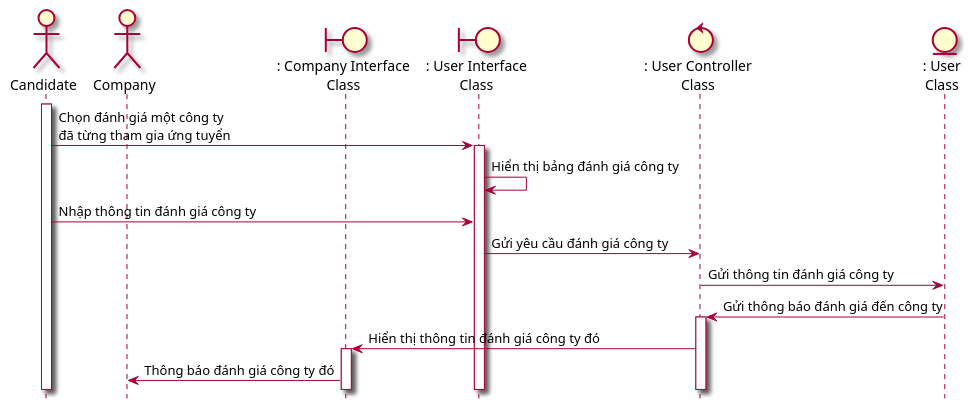
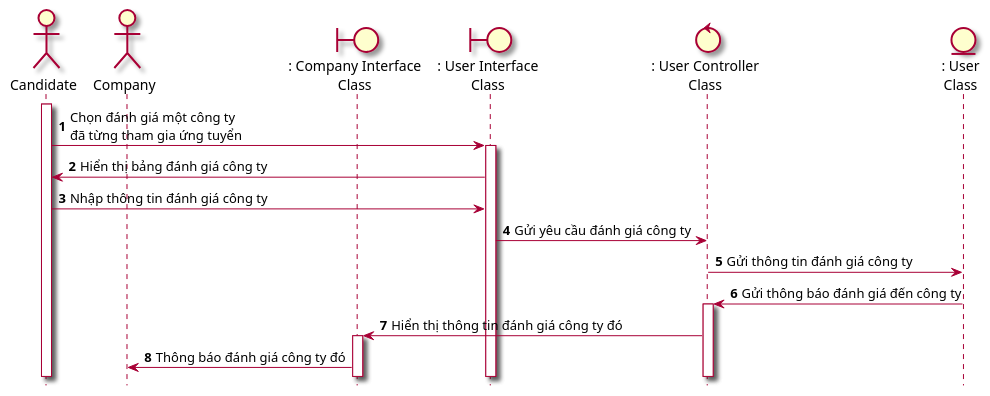
The diagram in Lab1/Lab 1.2 Diagram/Sequence/FilePUML/5.2 SeqDanhGiaCongTyTuyenDung.puml (Griselda4774/EAS-EmploymentAssistanceSystem), drawn with PlantUML before and after one commit. The commit also changed 12 other files, not shown here.

```diff
--- a/Lab1/Lab 1.2 Diagram/Sequence/FilePUML/5.2 SeqDanhGiaCongTyTuyenDung.puml
+++ b/Lab1/Lab 1.2 Diagram/Sequence/FilePUML/5.2 SeqDanhGiaCongTyTuyenDung.puml
@@ -1,20 +1,21 @@
 @startuml SeqDanhGiaCongTyTuyenDung
 skin rose 
 hide footbox
+autonumber
 actor candidate as "Candidate"
 actor company as "Company"
 candidate++
 boundary companyInterface as ": Company Interface\nClass"
 boundary candidateInterface as ": User Interface\nClass"
 control userController as ": User Controller\nClass"
 entity User as ": User\nClass"
 
 candidate->candidateInterface++: Chọn đánh giá một công ty \nđã từng tham gia ứng tuyển
-candidateInterface->candidateInterface: Hiển thị bảng đánh giá công ty
+candidateInterface->candidate: Hiển thị bảng đánh giá công ty
 candidate-> candidateInterface: Nhập thông tin đánh giá công ty
 candidateInterface-> userController: Gửi yêu cầu đánh giá công ty
 userController-> User: Gửi thông tin đánh giá công ty
 User ->  userController++: Gửi thông báo đánh giá đến công ty
 userController-> companyInterface++: Hiển thị thông tin đánh giá công ty đó
 companyInterface -> company: Thông báo đánh giá công ty đó
 @enduml
```
